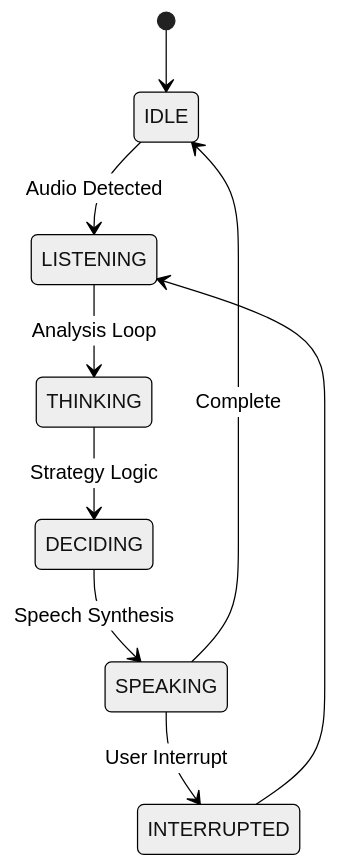
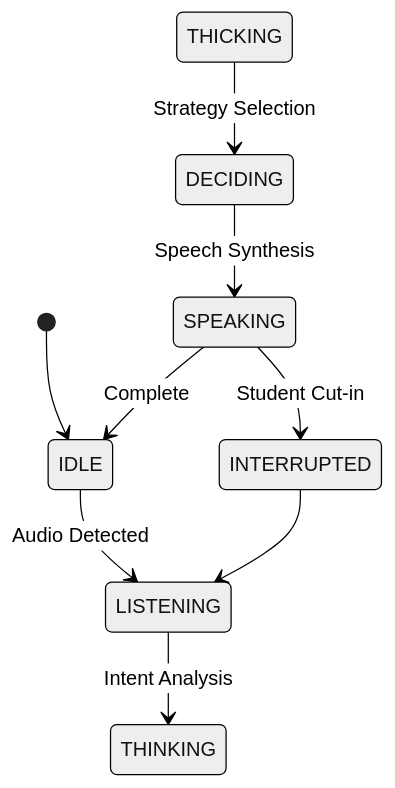
The diagram in readme.md (Srijita-Kyrotics/ai-voice-agent), drawn with Mermaid (neutral theme) before and after one commit. The commit also changed other lines of this file and 3 other files, not shown here.

````diff
--- a/readme.md
+++ b/readme.md
@@ -27,11 +16,11 @@
 ```mermaid
 stateDiagram-v2
     [*] --> IDLE
     IDLE --> LISTENING : Audio Detected
-    LISTENING --> THINKING : Analysis Loop
-    THINKING --> DECIDING : Strategy Logic
+    LISTENING --> THINKING : Intent Analysis
+    THICKING --> DECIDING : Strategy Selection
     DECIDING --> SPEAKING : Speech Synthesis
     SPEAKING --> IDLE : Complete
-    SPEAKING --> INTERRUPTED : User Interrupt
+    SPEAKING --> INTERRUPTED : Student Cut-in
     INTERRUPTED --> LISTENING
 ```
````
